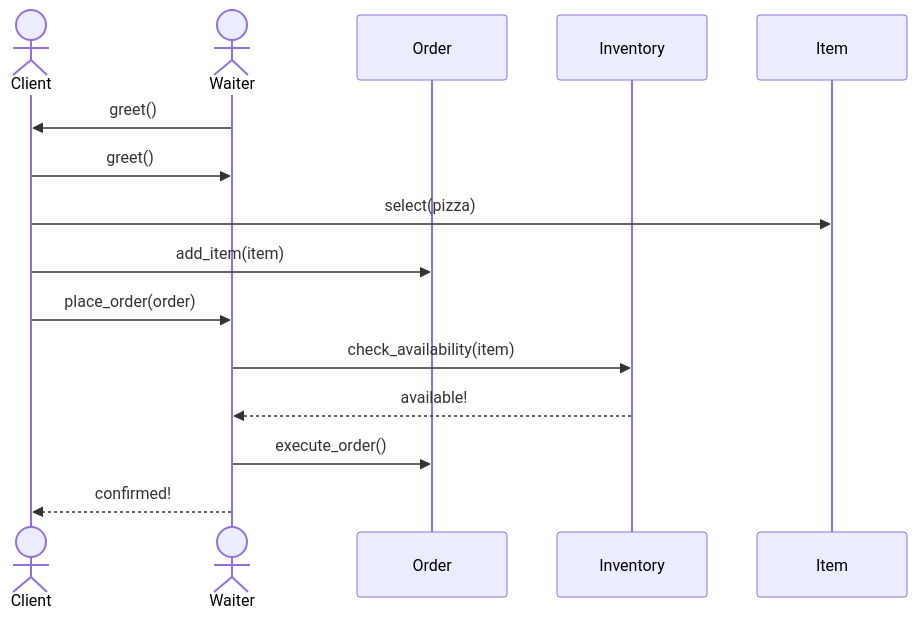
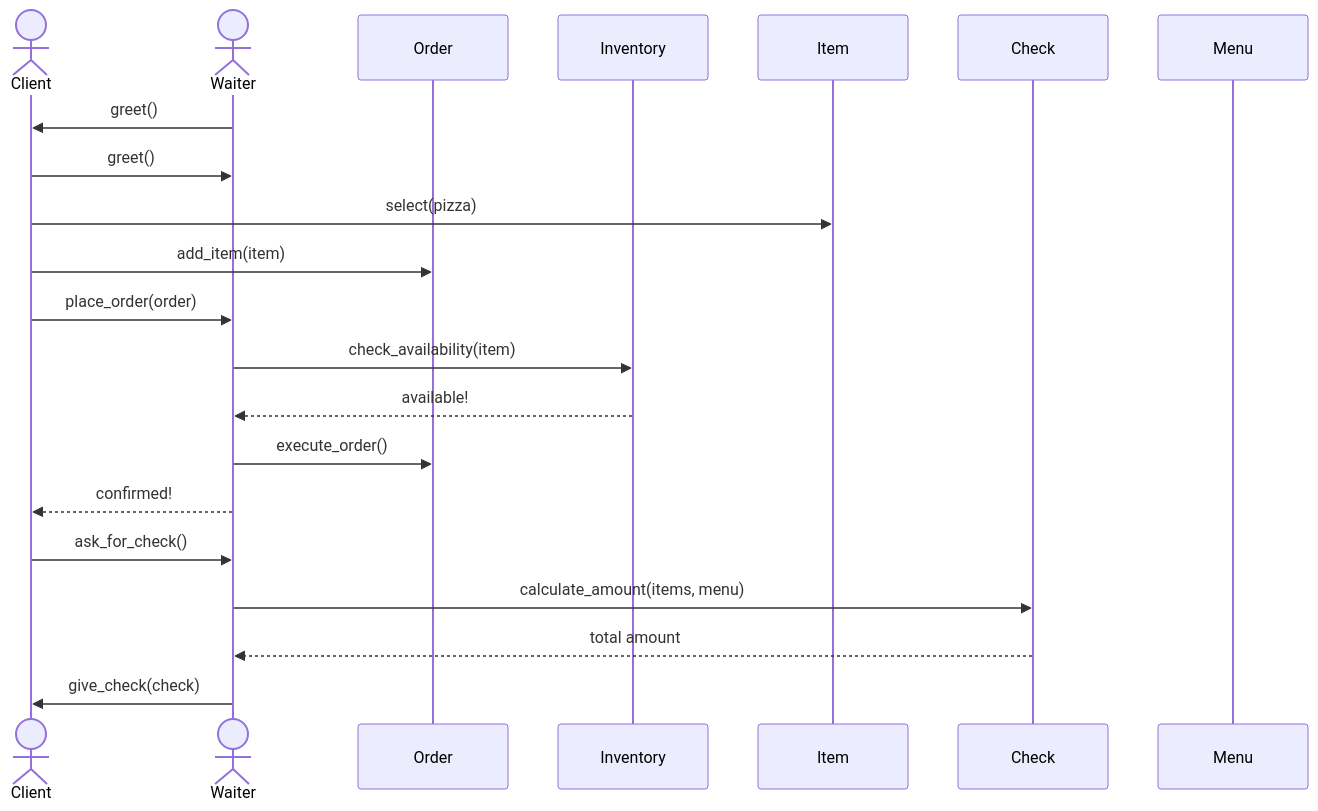
The diagram in docs/diagrams/sequence.mmd (pawelofficial/dbagent), drawn with Mermaid before and after one commit. The commit also changed 13 other files, not shown here.

```diff
--- a/docs/diagrams/sequence.mmd
+++ b/docs/diagrams/sequence.mmd
@@ -1,16 +1,22 @@
 sequenceDiagram
     actor Client
     actor Waiter
     participant Order
     participant Inventory
     participant Item
+    participant Check
+    participant Menu
 
     Waiter->>Client: greet()
     Client->>Waiter: greet()
     Client->>Item: select(pizza)
     Client->>Order: add_item(item)
     Client->>Waiter: place_order(order)
     Waiter->>Inventory: check_availability(item)
     Inventory-->>Waiter: available!
     Waiter->>Order: execute_order()
     Waiter-->>Client: confirmed!
+    Client->>Waiter: ask_for_check()
+    Waiter->>Check: calculate_amount(items, menu)
+    Check-->>Waiter: total amount
+    Waiter->>Client: give_check(check)
```
